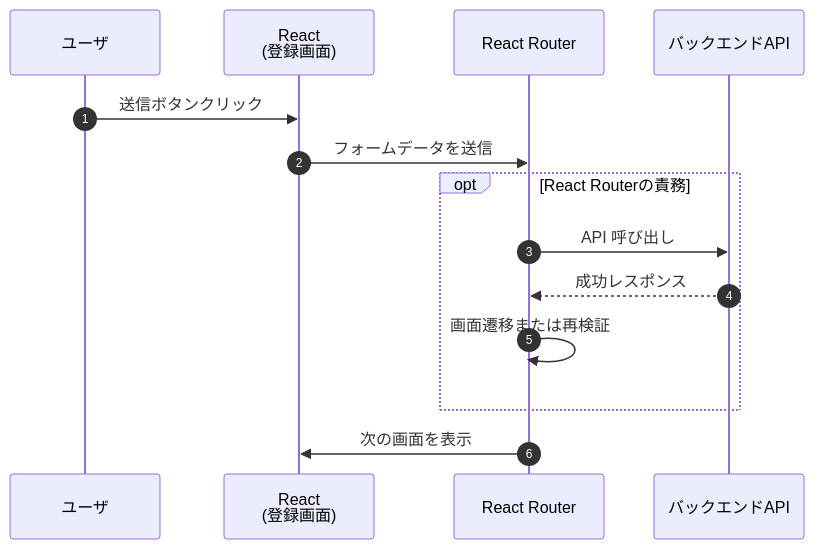
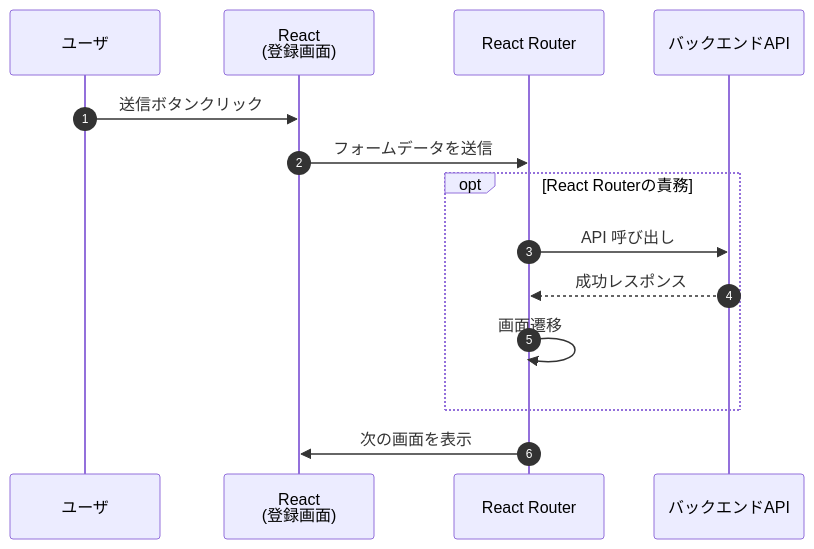
The sixth of 6 diagrams in docs/guide/4.React-Router.md (daisuke0412/react-sample), drawn with Mermaid before and after one commit. The commit also changed other lines of this file and 10 other files, not shown here.

````diff
--- a/docs/guide/4.React-Router.md
+++ b/docs/guide/4.React-Router.md
@@ -618,17 +605,17 @@
 ```mermaid
 sequenceDiagram
     autonumber
     participant User as ユーザ
     participant React as React<br>(登録画面)
     participant Router as React Router
     participant Backend as バックエンドAPI
 
     User->>React: 送信ボタンクリック
     React->>Router: フォームデータを送信
     opt React Routerの責務
       Router->>Backend: API 呼び出し
       Backend-->>Router: 成功レスポンス
-      Router->>Router: 画面遷移または再検証
+      Router->>Router: 画面遷移
     end
     Router->>React: 次の画面を表示
 ```
````
